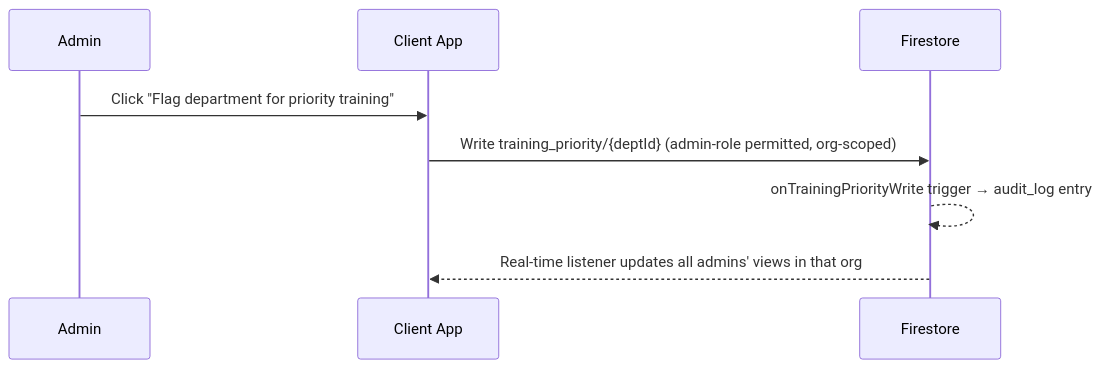
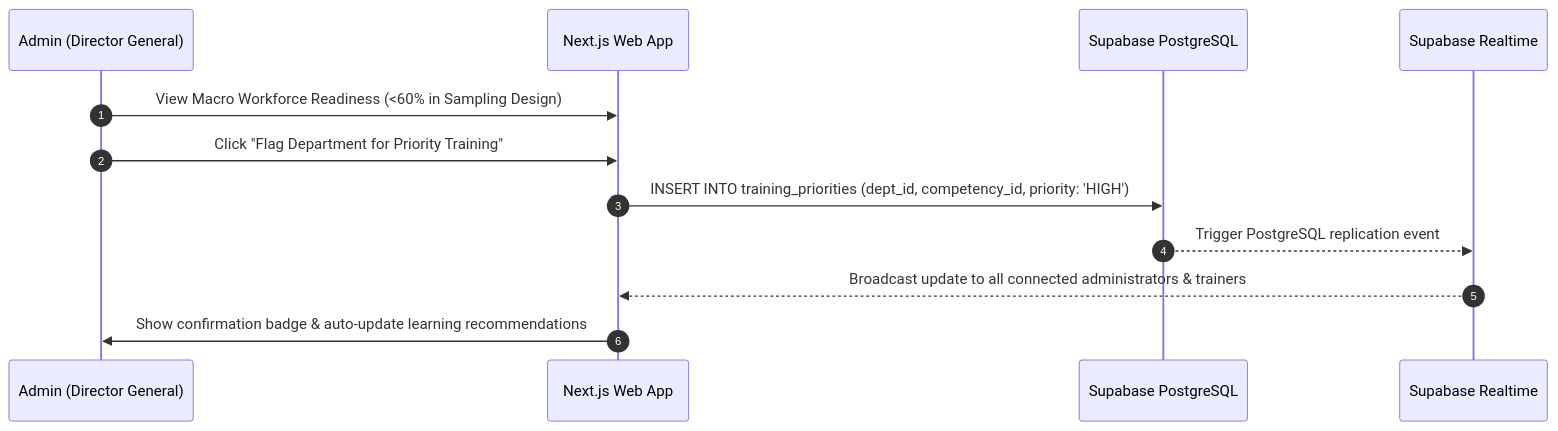
One commit to StudyApp-Project/SiH changed the third of 3 diagrams in Architecture.md. Above: the diagram before and after it, drawn with Mermaid. The commit also changed other lines of this file and 7 other files, not shown here.

Commit message:
docs: update architecture documentation to v2.0 reflecting the pivot from Firebase to Supabase and Next.js 15

````diff
--- a/Architecture.md
+++ b/Architecture.md
@@ -204,11 +820,15 @@
 ```mermaid
 sequenceDiagram
-    participant A as Admin
-    participant App as Client App
-    participant FS as Firestore
+    autonumber
+    participant A as Admin (Director General)
+    participant App as Next.js Web App
+    participant DB as Supabase PostgreSQL
+    participant RT as Supabase Realtime
 
-    A->>App: Click "Flag department for priority training"
-    App->>FS: Write training_priority/{deptId} (admin-role permitted, org-scoped)
-    FS-->>FS: onTrainingPriorityWrite trigger → audit_log entry
-    FS-->>App: Real-time listener updates all admins' views in that org
+    A->>App: View Macro Workforce Readiness (<60% in Sampling Design)
+    A->>App: Click "Flag Department for Priority Training"
+    App->>DB: INSERT INTO training_priorities (dept_id, competency_id, priority: 'HIGH')
+    DB-->>RT: Trigger PostgreSQL replication event
+    RT-->>App: Broadcast update to all connected administrators & trainers
+    App->>A: Show confirmation badge & auto-update learning recommendations
 ```
````
